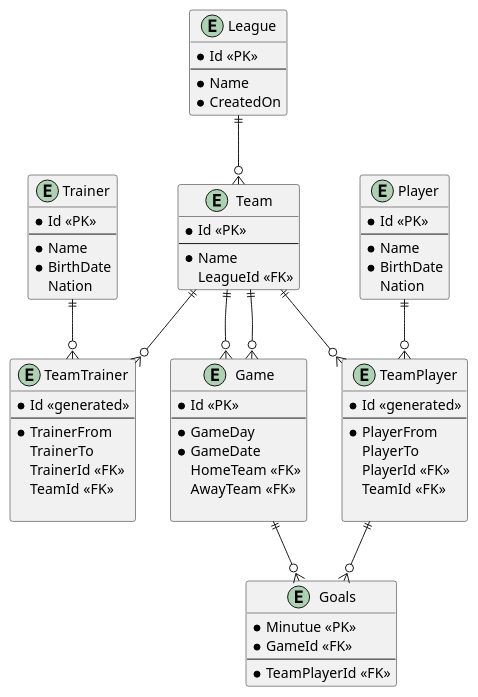
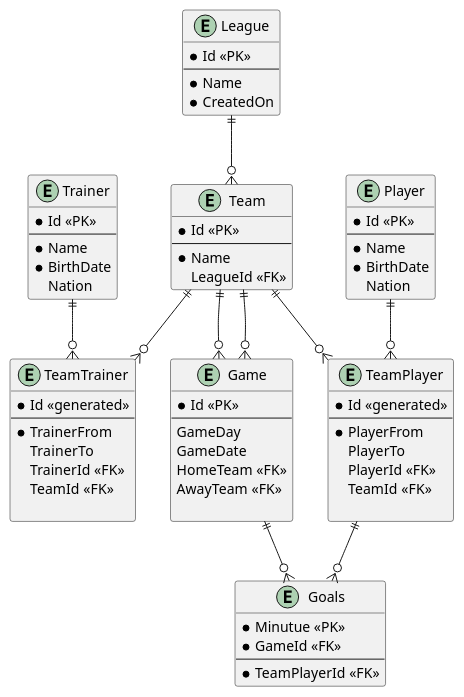
One commit to BojanTRB/nationsLeague changed the diagram in model.puml. Above: the diagram before and after it, drawn with PlantUML.

```diff
--- a/model.puml
+++ b/model.puml
@@ -1,75 +1,75 @@
 entity League{
     * Id <<PK>>
     --
     * Name
     * CreatedOn
 }
 
 entity Team{
     * Id <<PK>>
     --
     * Name
     LeagueId <<FK>>
 }
 
 entity Player{
     * Id <<PK>>
     --
     * Name
     * BirthDate
     Nation
 }
 
 entity TeamTrainer{
     * Id <<generated>>
     ---
     * TrainerFrom
     TrainerTo
     TrainerId <<FK>>
     TeamId <<FK>>
     
 }
 
 entity Goals{
     * Minutue <<PK>>
     * GameId <<FK>>
     --
     * TeamPlayerId <<FK>>
 }
 
 entity TeamPlayer{
     * Id <<generated>>
     ---
     * PlayerFrom
     PlayerTo
     PlayerId <<FK>>
     TeamId <<FK>>
     
 }
 
 entity Trainer{
     * Id <<PK>> 
     --
     * Name 
     * BirthDate 
     Nation
 }
 
 entity Game {
     * Id <<PK>> 
     --
-    * GameDay
-    * GameDate
+    GameDay
+    GameDate
     HomeTeam <<FK>>
     AwayTeam <<FK>>
     
 }
 League ||--o{ Team
 Team ||--o{ TeamTrainer
 Team ||--o{ TeamPlayer
 Team ||--o{ Game
 Team ||--o{ Game
 Player ||--o{ TeamPlayer
 Trainer ||--o{ TeamTrainer
 Game ||--o{ Goals
 TeamPlayer ||--o{ Goals
```
